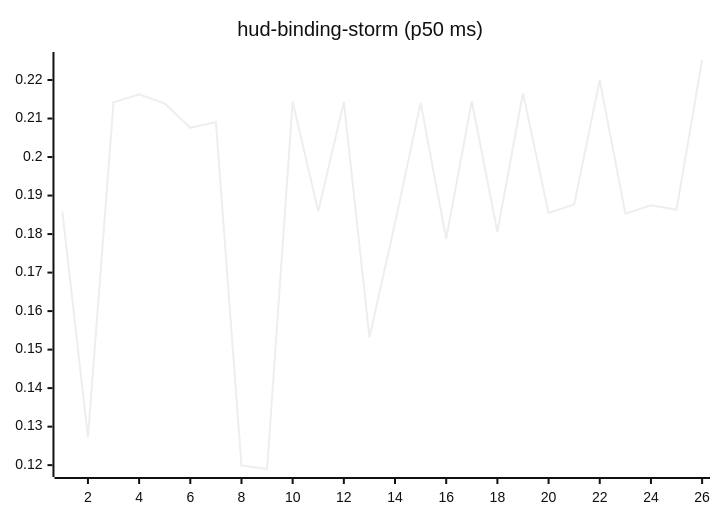
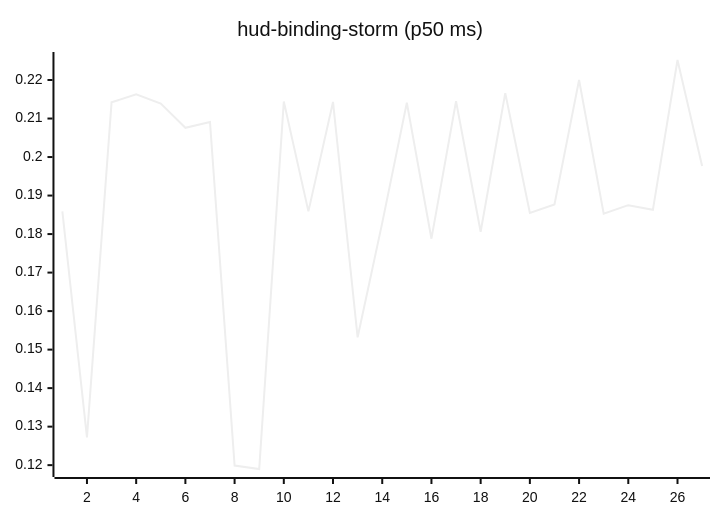
One commit to josha/Facet changed the tenth of 27 diagrams in README.md. Above: the diagram before and after it, drawn with Mermaid (neutral theme). The commit also changed other lines of this file and 2 other files, not shown here.

````diff
--- a/README.md
+++ b/README.md
@@ -126,6 +126,6 @@
 ```mermaid
 xychart-beta
     title "hud-binding-storm (p50 ms)"
-    x-axis 1 --> 26
-    line [0.1859, 0.1272, 0.2142, 0.2163, 0.2139, 0.2076, 0.2091, 0.1199, 0.1190, 0.2144, 0.1859, 0.2143, 0.1532, 0.1829, 0.2141, 0.1788, 0.2145, 0.1806, 0.2166, 0.1855, 0.1877, 0.2200, 0.1853, 0.1875, 0.1863, 0.2252]
+    x-axis 1 --> 27
+    line [0.1859, 0.1272, 0.2142, 0.2163, 0.2139, 0.2076, 0.2091, 0.1199, 0.1190, 0.2144, 0.1859, 0.2143, 0.1532, 0.1829, 0.2141, 0.1788, 0.2145, 0.1806, 0.2166, 0.1855, 0.1877, 0.2200, 0.1853, 0.1875, 0.1863, 0.2252, 0.1977]
 ```
````
